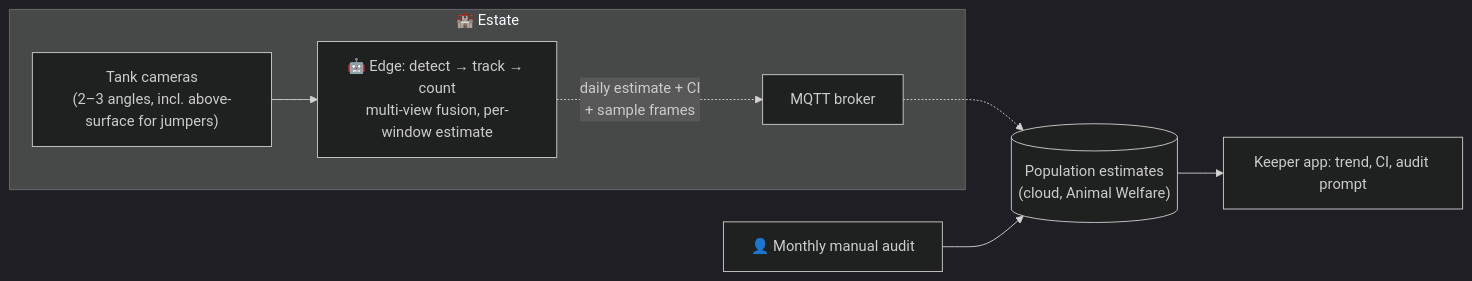
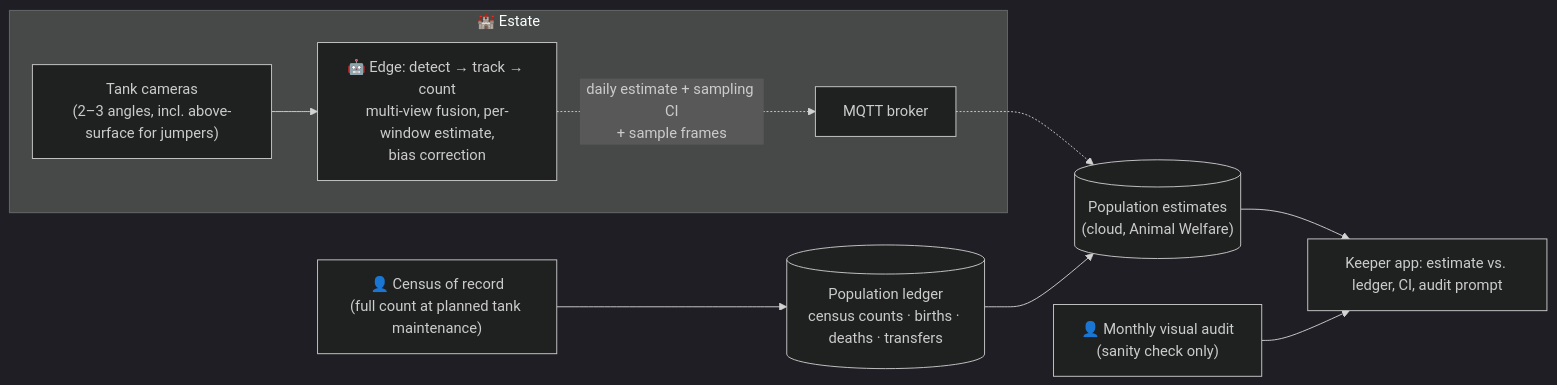
Before and after one commit to kr0k/katas: the diagram in hld/scenarios/piranha-population-counting/README.md, drawn with Mermaid (dark theme). The commit also changed other lines of this file and 25 other files, not shown here.

First line of the commit message:
docs: implement P1 eng-review tasks (roadmap, hybrid deployment, ticketing ADR, downlink, safety tiers, privacy, resilience)

````diff
--- a/hld/scenarios/piranha-population-counting/README.md
+++ b/hld/scenarios/piranha-population-counting/README.md
@@ -14,12 +15,14 @@
 ```mermaid
 flowchart LR
     subgraph Estate["🏰 Estate"]
         C1["Tank cameras<br/>(2–3 angles, incl. above-surface for jumpers)"]
-        E["🤖 Edge: detect → track → count<br/>multi-view fusion, per-window estimate"]
+        E["🤖 Edge: detect → track → count<br/>multi-view fusion, per-window estimate,<br/>bias correction"]
         B["MQTT broker"]
-        C1 --> E -. "daily estimate + CI<br/>+ sample frames" .-> B
+        C1 --> E -. "daily estimate + sampling CI<br/>+ sample frames" .-> B
     end
     B -.-> R[("Population estimates<br/>(cloud, Animal Welfare)")]
-    R --> App["Keeper app: trend, CI, audit prompt"]
-    Audit["👤 Monthly manual audit"] --> R
+    L[("Population ledger<br/>census counts · births · deaths · transfers")] --> R
+    R --> App["Keeper app: estimate vs. ledger, CI, audit prompt"]
+    Census["👤 Census of record<br/>(full count at planned tank maintenance)"] --> L
+    Audit["👤 Monthly visual audit<br/>(sanity check only)"] --> App
 ```
````
